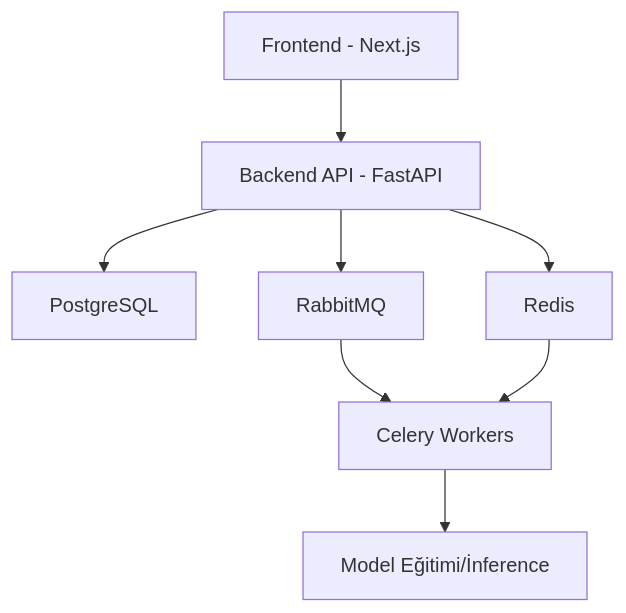
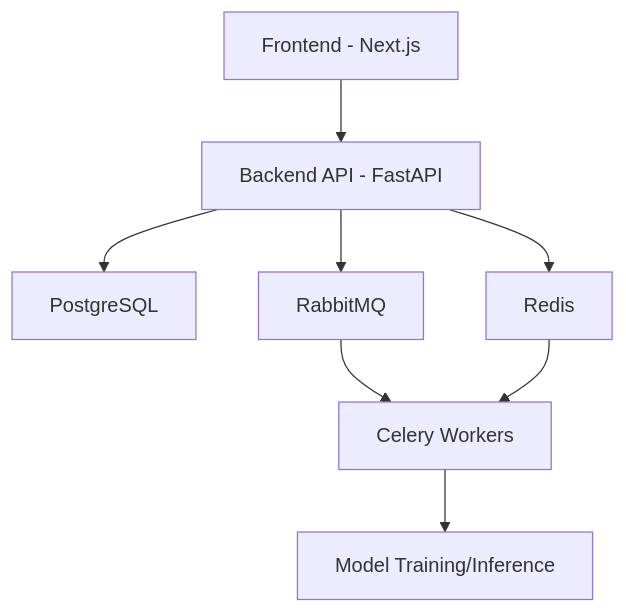
One commit to ByErenOzer/Ministry-of-Health-AutoML-Frontend changed the diagram in README.md. Above: the diagram before and after it, drawn with Mermaid. The commit also changed other lines of this file, not shown here.

````diff
--- a/README.md
+++ b/README.md
@@ -54,10 +46,10 @@
 ```mermaid
 graph TD
     A[Frontend - Next.js] --> B[Backend API - FastAPI]
     B --> C[PostgreSQL]
     B --> D[RabbitMQ]
     D --> E[Celery Workers]
-    E --> F[Model Eğitimi/İnference]
+    E --> F[Model Training/Inference]
     B --> G[Redis]
     G --> E
 ```
````
